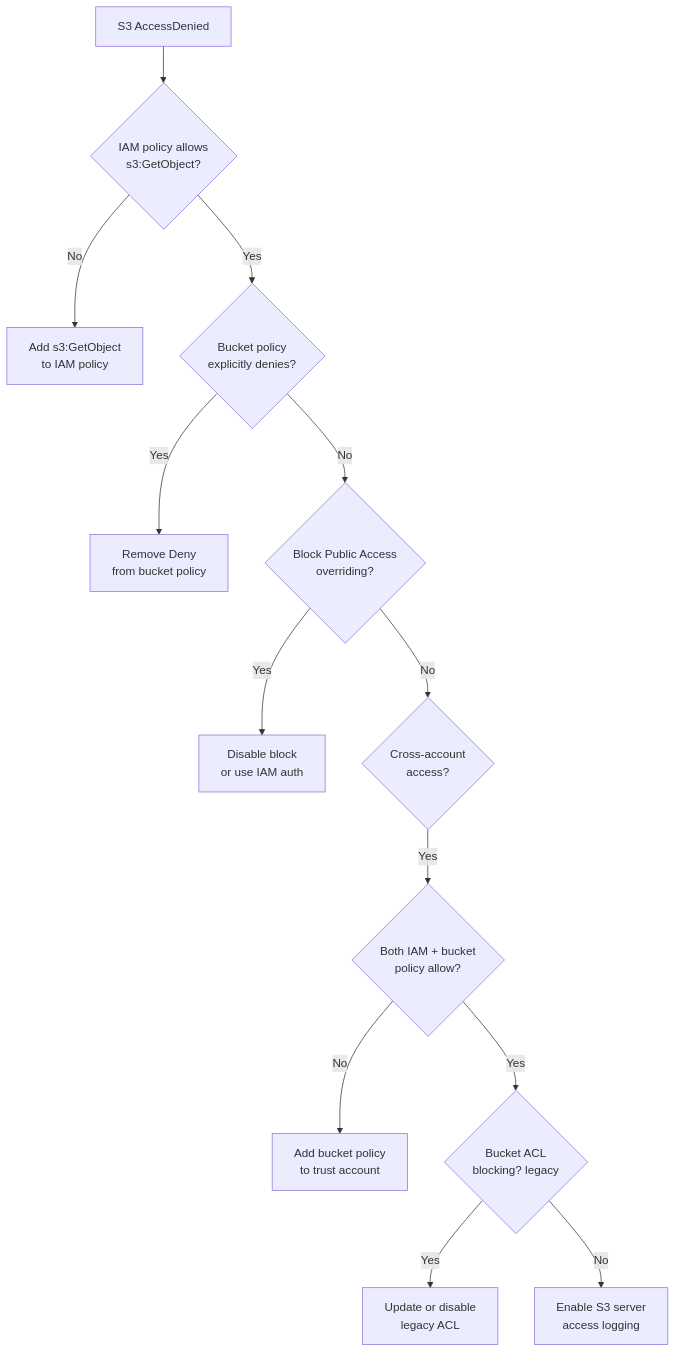
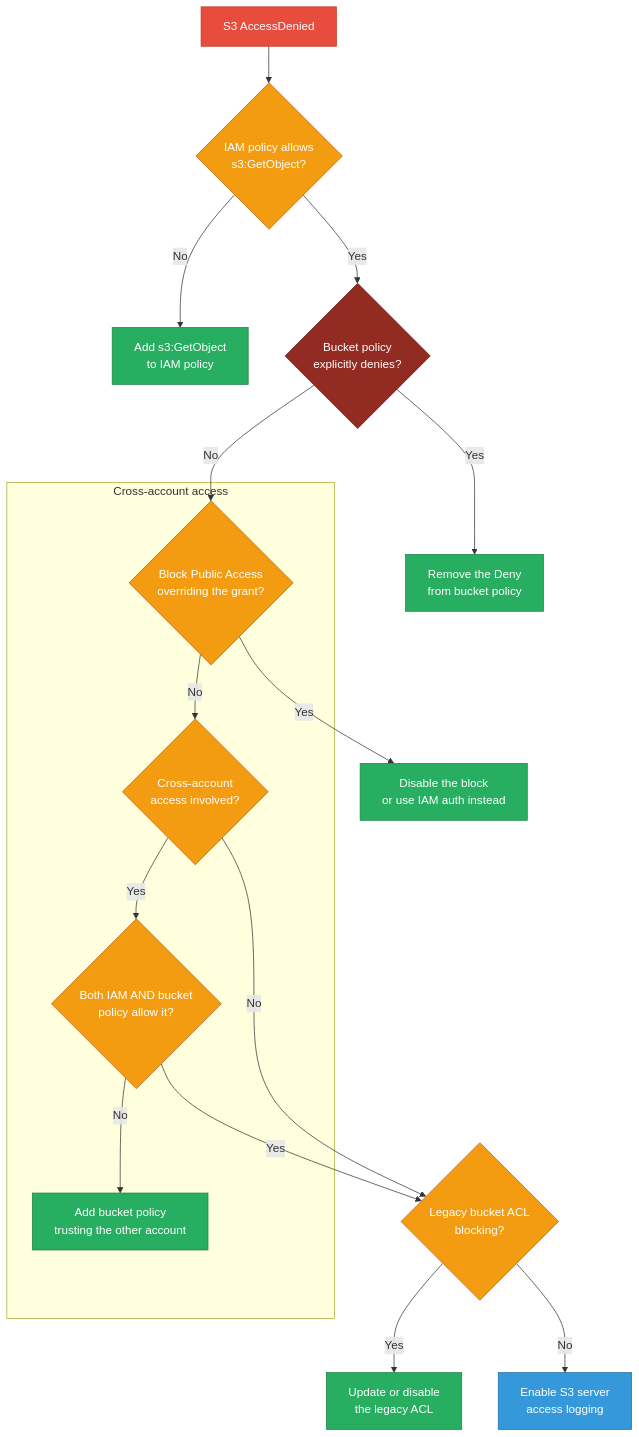
One commit to deepanshu-rawat6/DevOpsIndex changed the fourth of 10 diagrams in sre/aws-scenarios.md. Above: the diagram before and after it, drawn with Mermaid. The commit also changed other lines of this file and 10 other files, not shown here.

````diff
--- a/sre/aws-scenarios.md
+++ b/sre/aws-scenarios.md
@@ -158,15 +282,26 @@
 ```mermaid
 flowchart TD
-    A[S3 AccessDenied] --> B{IAM policy allows<br/>s3:GetObject?}
-    B -- No --> B1[Add s3:GetObject<br/>to IAM policy]
-    B -- Yes --> C{Bucket policy<br/>explicitly denies?}
-    C -- Yes --> C1[Remove Deny<br/>from bucket policy]
-    C -- No --> D{Block Public Access<br/>overriding?}
-    D -- Yes --> D1[Disable block<br/>or use IAM auth]
-    D -- No --> E{Cross-account<br/>access?}
-    E -- Yes --> F{Both IAM + bucket<br/>policy allow?}
-    F -- No --> F1[Add bucket policy<br/>to trust account]
-    F -- Yes --> G{Bucket ACL<br/>blocking? legacy}
-    G -- Yes --> G1[Update or disable<br/>legacy ACL]
-    G -- No --> H[Enable S3 server<br/>access logging]
+    classDef err fill:#e74c3c,stroke:#c0392b,color:#fff
+    classDef decision fill:#f39c12,stroke:#ba6018,color:#fff
+    classDef fix fill:#27ae60,stroke:#1e8449,color:#fff
+    classDef verify fill:#3498db,stroke:#2471a3,color:#fff
+    classDef deny fill:#922b21,stroke:#641e16,color:#fff
+
+    A[S3 AccessDenied]:::err --> B{IAM policy allows<br/>s3:GetObject?}:::decision
+    B -- No --> B1[Add s3:GetObject<br/>to IAM policy]:::fix
+    B -- Yes --> C{Bucket policy<br/>explicitly denies?}:::deny
+    C -- Yes --> C1[Remove the Deny<br/>from bucket policy]:::fix
+    C -- No --> D{Block Public Access<br/>overriding the grant?}:::decision
+    D -- Yes --> D1[Disable the block<br/>or use IAM auth instead]:::fix
+
+    subgraph XACCT["Cross-account access"]
+        D -- No --> E{Cross-account<br/>access involved?}:::decision
+        E -- Yes --> F{Both IAM AND bucket<br/>policy allow it?}:::decision
+        F -- No --> F1[Add bucket policy<br/>trusting the other account]:::fix
+    end
+
+    F -- Yes --> G{Legacy bucket ACL<br/>blocking?}:::decision
+    E -- No --> G
+    G -- Yes --> G1[Update or disable<br/>the legacy ACL]:::fix
+    G -- No --> H[Enable S3 server<br/>access logging]:::verify
 ```
````
